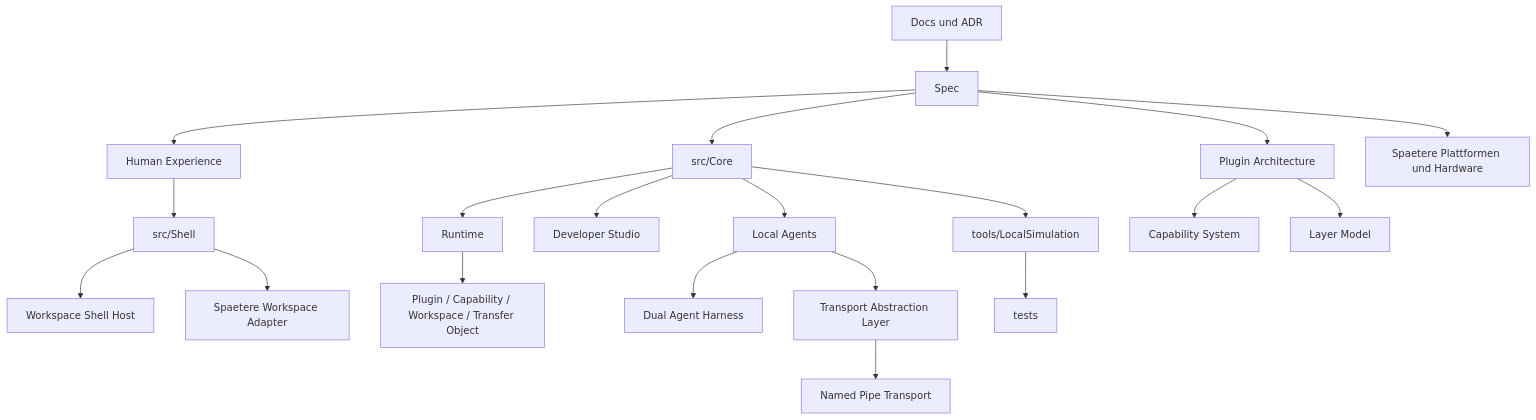
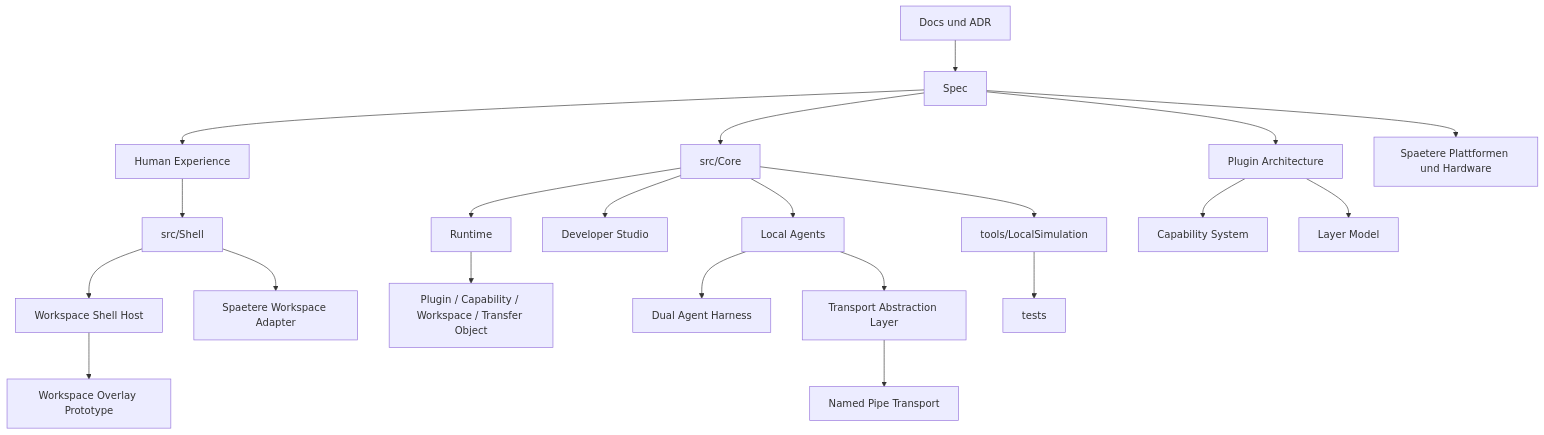
The diagram in README.md (rk-engineeringAToutlook-de/RKWorkspace), drawn with Mermaid before and after one commit. The commit also changed other lines of this file and 17 other files, not shown here.

Commit message:
feat(shell): add workspace overlay prototype

````diff
--- a/README.md
+++ b/README.md
@@ -92,22 +93,23 @@
 ```mermaid
 flowchart TB
     Docs["Docs und ADR"] --> Spec["Spec"]
     Spec --> HX["Human Experience"]
     HX --> Shell["src/Shell"]
     Shell --> ShellHost["Workspace Shell Host"]
+    ShellHost --> Overlay["Workspace Overlay Prototype"]
     Spec --> Core["src/Core"]
     Shell --> Adapters["Spaetere Workspace Adapter"]
     Core --> Runtime["Runtime"]
     Runtime --> Managers["Plugin / Capability / Workspace / Transfer Object"]
     Spec --> Plugins["Plugin Architecture"]
     Plugins --> Capabilities["Capability System"]
     Plugins --> Layers["Layer Model"]
     Core --> Studio["Developer Studio"]
     Core --> Agents["Local Agents"]
     Agents --> Harness["Dual Agent Harness"]
     Agents --> Transport["Transport Abstraction Layer"]
     Transport --> Ipc["Named Pipe Transport"]
     Core --> Simulation["tools/LocalSimulation"]
     Simulation --> Tests["tests"]
     Spec --> Future["Spaetere Plattformen und Hardware"]
 ```
````
